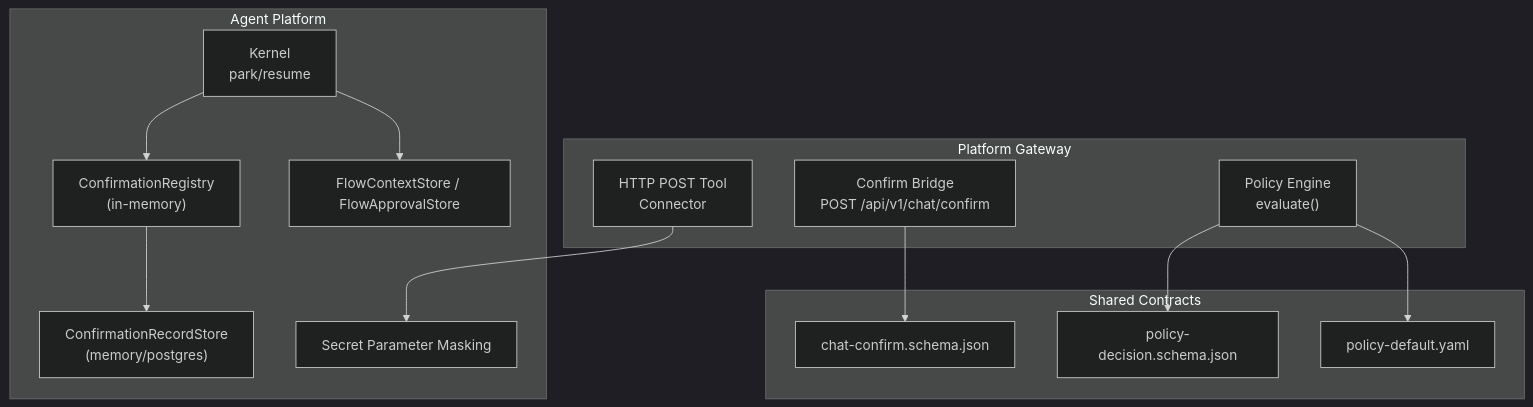
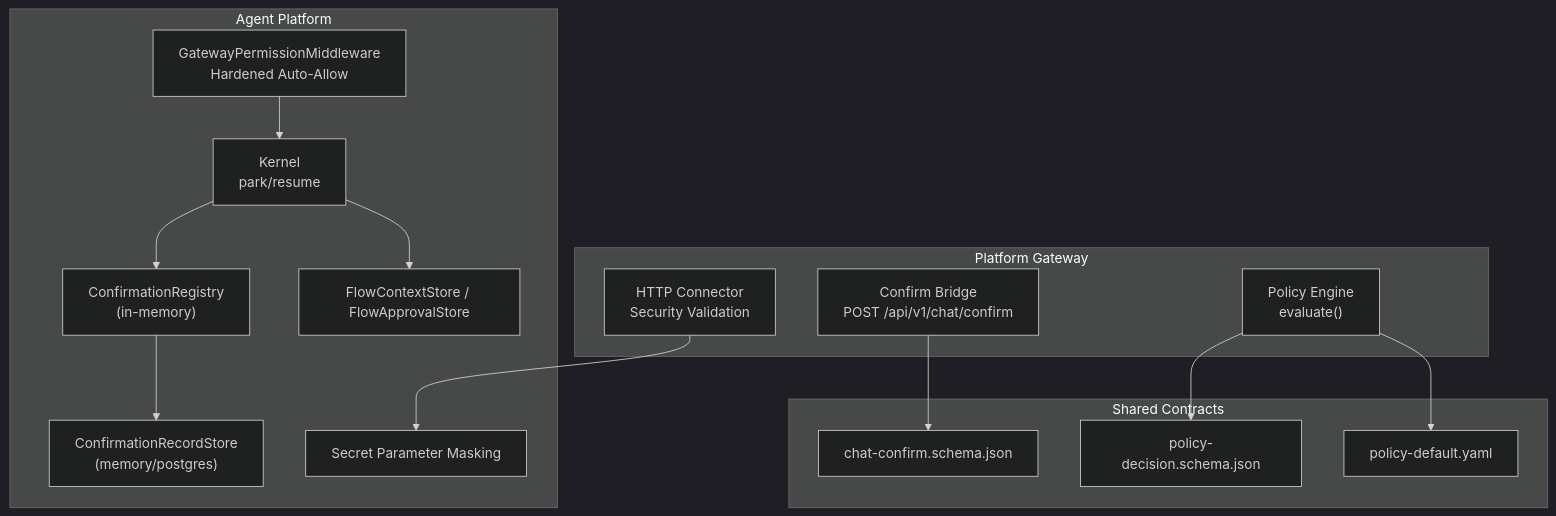
Before and after one commit to metasync/luban-aiops: the first of 9 diagrams in .qoder/repowiki/en/content/Core Services/Agent Platform/Human-in-the-Loop Approvals.md, drawn with Mermaid (dark theme). The commit also changed other lines of this file and 250 other files, not shown here.

````diff
--- a/.qoder/repowiki/en/content/Core Services/Agent Platform/Human-in-the-Loop Approvals.md
+++ b/.qoder/repowiki/en/content/Core Services/Agent Platform/Human-in-the-Loop Approvals.md
@@ -57,27 +61,29 @@
 ```mermaid
 graph TB
 subgraph "Agent Platform"
 A["Kernel<br/>park/resume"]
 B["ConfirmationRegistry<br/>(in-memory)"]
 C["ConfirmationRecordStore<br/>(memory/postgres)"]
 D["FlowContextStore / FlowApprovalStore"]
 E["Secret Parameter Masking"]
+F["GatewayPermissionMiddleware<br/>Hardened Auto-Allow"]
 end
 subgraph "Platform Gateway"
-F["Policy Engine<br/>evaluate()"]
-G["Confirm Bridge<br/>POST /api/v1/chat/confirm"]
-H["HTTP POST Tool<br/>Connector"]
+G["Policy Engine<br/>evaluate()"]
+H["Confirm Bridge<br/>POST /api/v1/chat/confirm"]
+I["HTTP Connector<br/>Security Validation"]
 end
 subgraph "Shared Contracts"
-I["chat-confirm.schema.json"]
-J["policy-decision.schema.json"]
-K["policy-default.yaml"]
+J["chat-confirm.schema.json"]
+K["policy-decision.schema.json"]
+L["policy-default.yaml"]
 end
 A --> B
 B --> C
 A --> D
-F --> K
-G --> I
-F --> J
-H --> E
+F --> A
+G --> L
+H --> J
+G --> K
+I --> E
 ```
````
